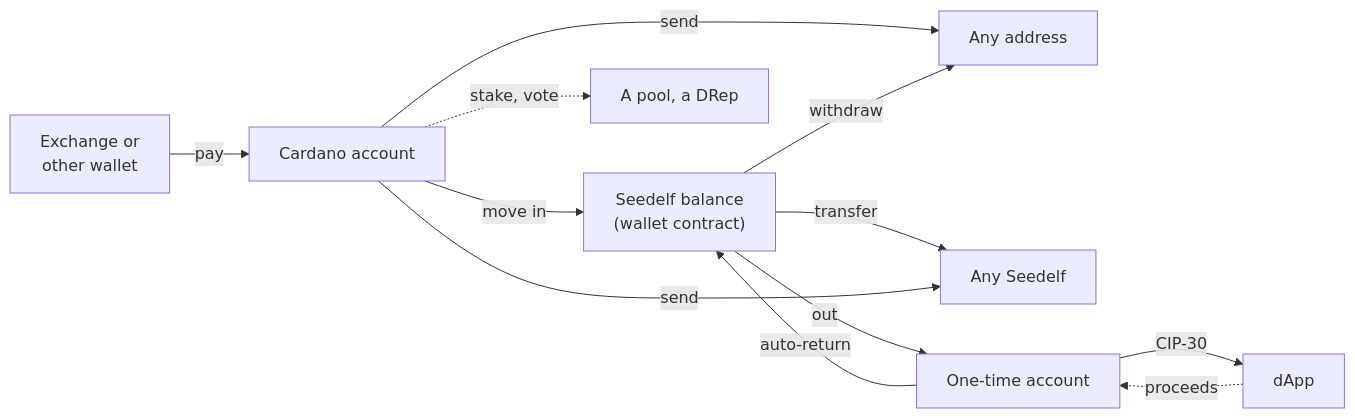
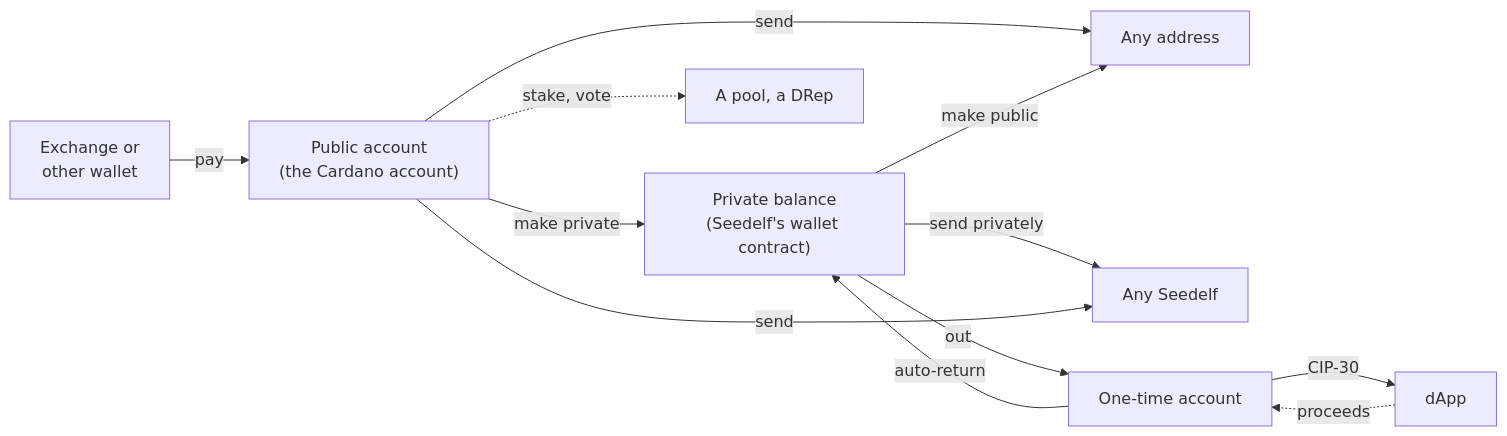
The diagram in seedelf-platform/seedelf-web-wallet/docs/flows.md (logical-mechanism/Seedelf-Wallet), drawn with Mermaid before and after one commit. The commit also changed other lines of this file and 53 other files, not shown here.

First line of the commit message:
Private and Public in place of Seedelf and Cardano: one wallet, two sides (roadmap chunk 14)

````diff
--- a/seedelf-platform/seedelf-web-wallet/docs/flows.md
+++ b/seedelf-platform/seedelf-web-wallet/docs/flows.md
@@ -5,14 +5,14 @@
 ```mermaid
 flowchart LR
-  Ext["Exchange or<br/>other wallet"] -- "pay" --> Dep["Cardano account"]
-  Dep -- "move in" --> S["Seedelf balance<br/>(wallet contract)"]
+  Ext["Exchange or<br/>other wallet"] -- "pay" --> Dep["Public account<br/>(the Cardano account)"]
+  Dep -- "make private" --> S["Private balance<br/>(Seedelf's wallet contract)"]
   Dep -- "send" --> Addr
   Dep -. "stake, vote" .-> Pool["A pool, a DRep"]
-  S -- "transfer" --> Other["Any Seedelf"]
+  S -- "send privately" --> Other["Any Seedelf"]
   Dep -- "send" --> Other
-  S -- "withdraw" --> Addr["Any address"]
+  S -- "make public" --> Addr["Any address"]
   S -- "out" --> OT["One-time account"]
   OT -- "CIP-30" --> D["dApp"]
   D -. "proceeds" .-> OT
   OT -- "auto-return" --> S
 ```
````
